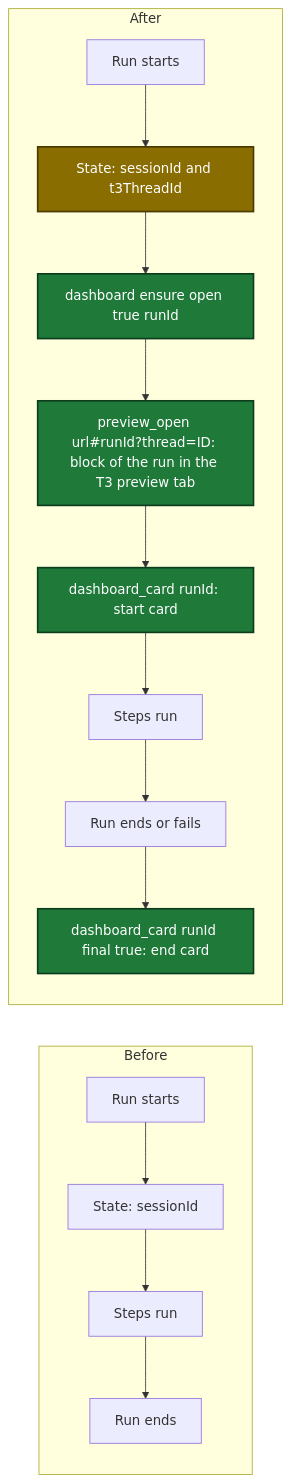
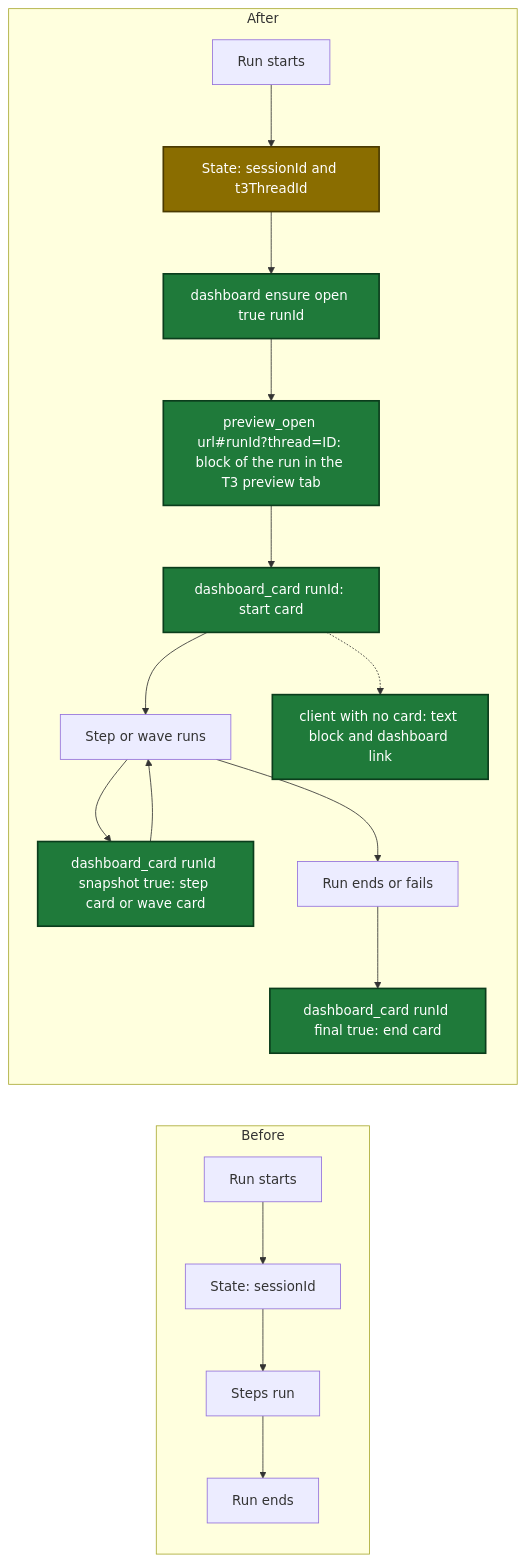
Before and after one commit to rnagrodzki/sdlc-plugin: the fifth of 6 diagrams in docs/dashboard.md, drawn with Mermaid. The commit also changed other lines of this file and 45 other files, not shown here.

First line of the commit message:
feat(dashboard): add run card text fallback and snapshot step cards (#121)

````diff
--- a/docs/dashboard.md
+++ b/docs/dashboard.md
@@ -1215,19 +1215,22 @@
 ```mermaid
 flowchart LR
   subgraph Before
     B1[Run starts] --> B2[State: sessionId]
     B2 --> B3[Steps run]
     B3 --> B4[Run ends]
   end
   subgraph After
     A1[Run starts] --> A2[State: sessionId and t3ThreadId]:::changed
     A2 --> P1[dashboard ensure open true runId]:::new
     P1 --> P2[preview_open url#runId?thread=ID: block of the run in the T3 preview tab]:::new
     P2 --> A3[dashboard_card runId: start card]:::new
-    A3 --> A4[Steps run]
+    A3 --> A4[Step or wave runs]
+    A4 --> C5[dashboard_card runId snapshot true: step card or wave card]:::new
+    C5 --> A4
     A4 --> A5[Run ends or fails]
+    A3 -.-> C8[client with no card: text block and dashboard link]:::new
     A5 --> A6[dashboard_card runId final true: end card]:::new
   end
   classDef new fill:#1f7a3a,stroke:#0b3d1c,color:#ffffff,stroke-width:2px
   classDef changed fill:#8a6d00,stroke:#4a3a00,color:#ffffff,stroke-width:2px
 ```
````
